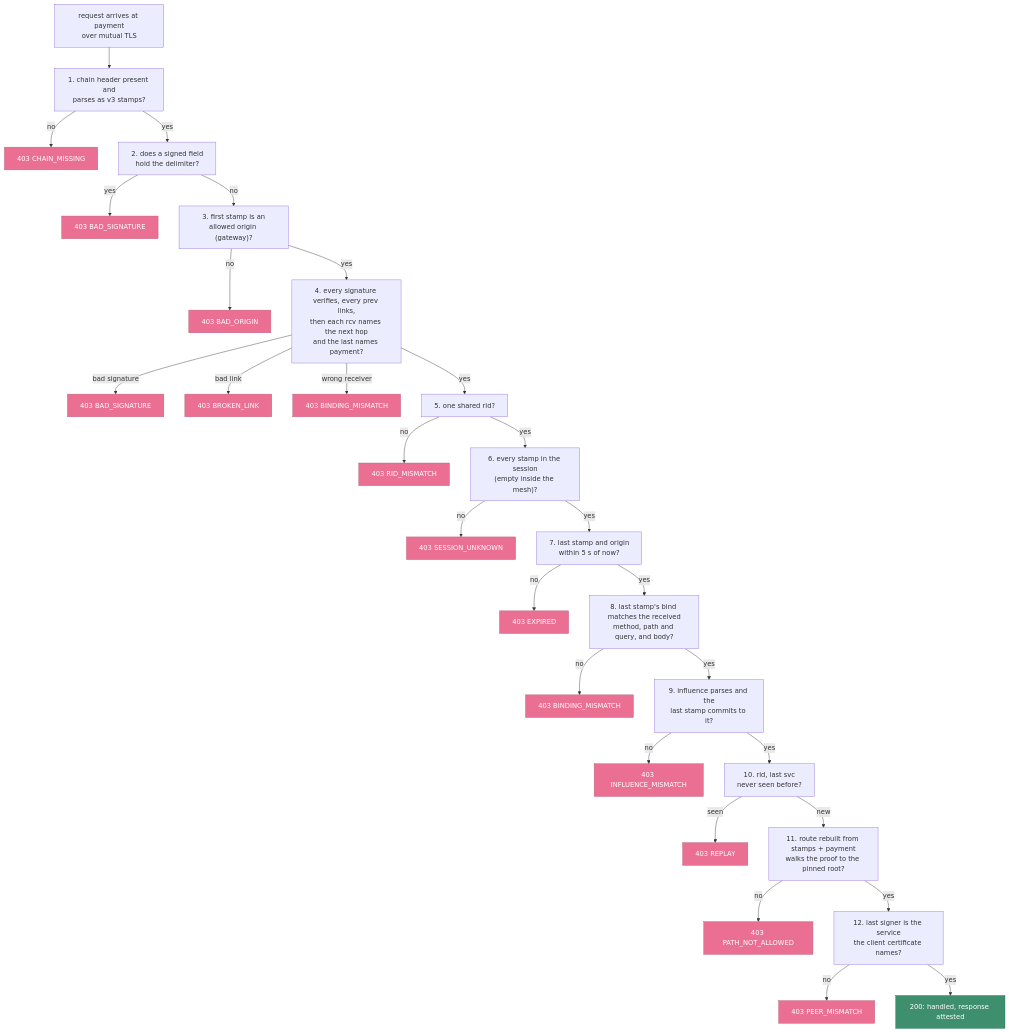
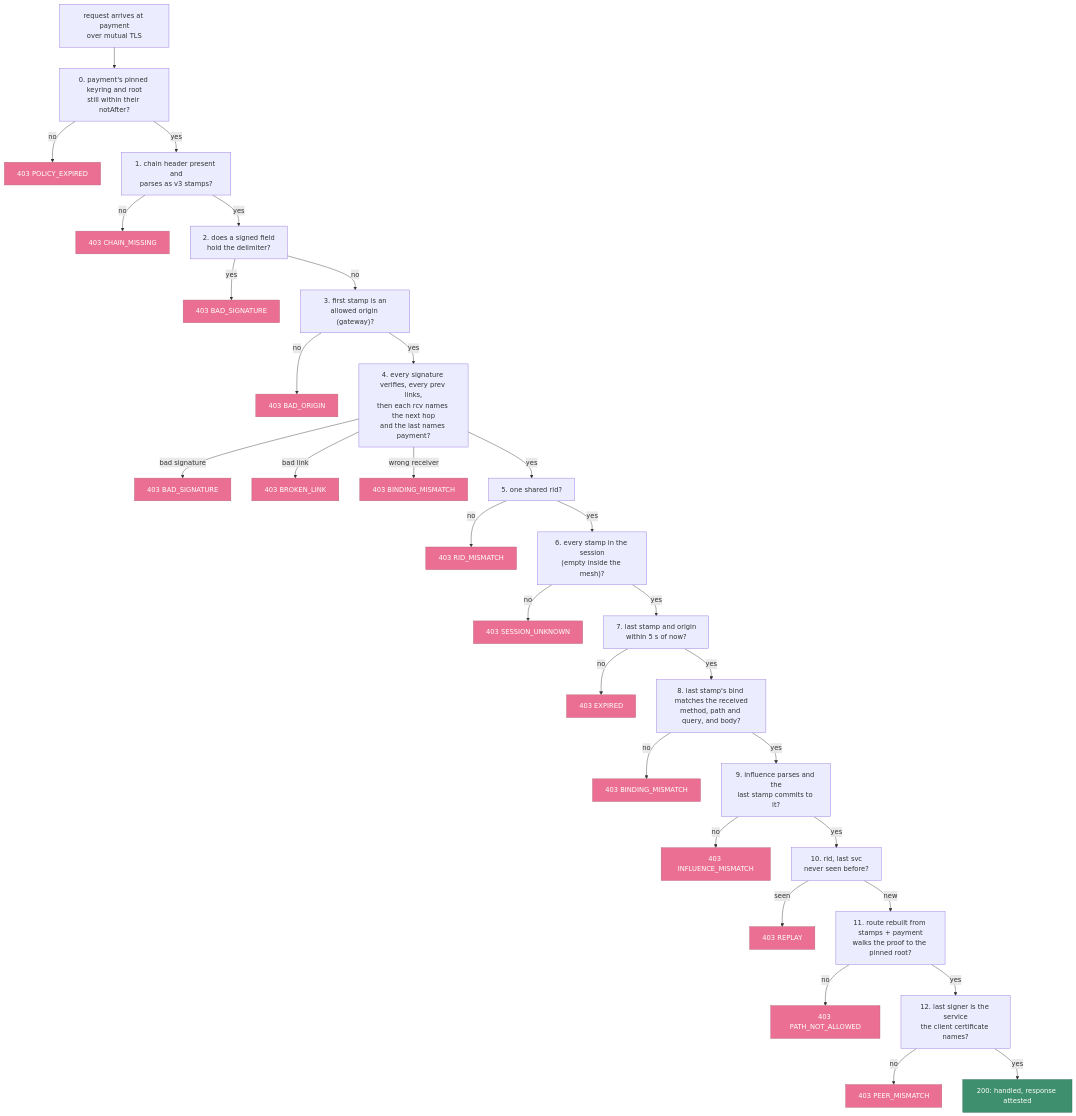
One commit to dumbsly/paztport changed the fifth of 7 diagrams in poc-demos/java-mesh/README.md. Above: the diagram before and after it, drawn with Mermaid. The commit also changed other lines of this file and 40 other files, not shown here.

Commit message:
feat(java,ts,spec): a verifier refuses with POLICY_EXPIRED once its pinned policy expires

````diff
--- a/poc-demos/java-mesh/README.md
+++ b/poc-demos/java-mesh/README.md
@@ -361,35 +361,37 @@
 ```mermaid
 flowchart TD
-    A["request arrives at payment<br/>over mutual TLS"] --> S1["1. chain header present and<br/>parses as v3 stamps?"]
+    A["request arrives at payment<br/>over mutual TLS"] --> S0["0. payment's pinned keyring and root<br/>still within their notAfter?"]
+    S0 -->|no| R0["403 POLICY_EXPIRED"]
+    S0 -->|yes| S1["1. chain header present and<br/>parses as v3 stamps?"]
     S1 -->|no| R1["403 CHAIN_MISSING"]
     S1 -->|yes| S2["2. does a signed field<br/>hold the delimiter?"]
     S2 -->|yes| R2["403 BAD_SIGNATURE"]
     S2 -->|no| S3["3. first stamp is an<br/>allowed origin (gateway)?"]
     S3 -->|no| R3["403 BAD_ORIGIN"]
     S3 -->|yes| S4["4. every signature verifies, every prev links,<br/>then each rcv names the next hop<br/>and the last names payment?"]
     S4 -->|bad signature| R4a["403 BAD_SIGNATURE"]
     S4 -->|bad link| R4b["403 BROKEN_LINK"]
     S4 -->|wrong receiver| R4c["403 BINDING_MISMATCH"]
     S4 -->|yes| S5["5. one shared rid?"]
     S5 -->|no| R5["403 RID_MISMATCH"]
     S5 -->|yes| S6["6. every stamp in the session<br/>(empty inside the mesh)?"]
     S6 -->|no| R6["403 SESSION_UNKNOWN"]
     S6 -->|yes| S7["7. last stamp and origin<br/>within 5 s of now?"]
     S7 -->|no| R7["403 EXPIRED"]
     S7 -->|yes| S8["8. last stamp's bind matches the received<br/>method, path and query, and body?"]
     S8 -->|no| R8["403 BINDING_MISMATCH"]
     S8 -->|yes| S9["9. influence parses and the<br/>last stamp commits to it?"]
     S9 -->|no| R9["403 INFLUENCE_MISMATCH"]
     S9 -->|yes| S10["10. rid, last svc<br/>never seen before?"]
     S10 -->|seen| R10["403 REPLAY"]
     S10 -->|new| S11["11. route rebuilt from stamps + payment<br/>walks the proof to the pinned root?"]
     S11 -->|no| R11["403 PATH_NOT_ALLOWED"]
     S11 -->|yes| S12["12. last signer is the service<br/>the client certificate names?"]
     S12 -->|no| R12["403 PEER_MISMATCH"]
     S12 -->|yes| OK["200: handled, response attested"]
 
     classDef reject fill:#eb6f92,stroke:#b4637a,color:#ffffff
     classDef pass fill:#3e8f6e,stroke:#2a6b52,color:#ffffff
-    class R1,R2,R3,R4a,R4b,R4c,R5,R6,R7,R8,R9,R10,R11,R12 reject
+    class R0,R1,R2,R3,R4a,R4b,R4c,R5,R6,R7,R8,R9,R10,R11,R12 reject
     class OK pass
 ```
````
